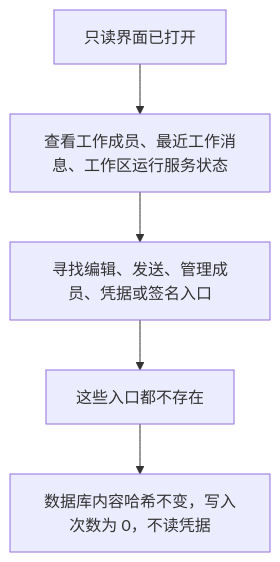
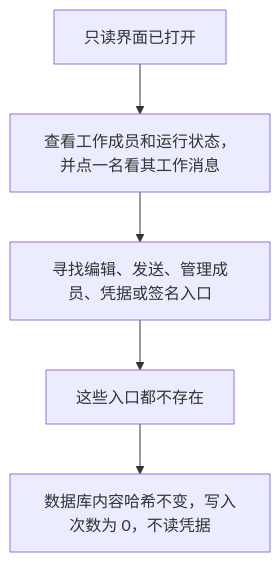
Before and after one commit to xforce-io/atelier: the sixth of 6 diagrams in docs/design/25-readonly-workspace-ui/product.md, drawn with Mermaid. The commit also changed other lines of this file, not shown here.

````diff
--- a/docs/design/25-readonly-workspace-ui/product.md
+++ b/docs/design/25-readonly-workspace-ui/product.md
@@ -212,7 +228,7 @@
 ```mermaid
 flowchart TD
-    A[只读界面已打开] --> B[查看工作成员、最近工作消息、工作区运行服务状态]
+    A[只读界面已打开] --> B[查看工作成员和运行状态，并点一名看其工作消息]
     B --> C[寻找编辑、发送、管理成员、凭据或签名入口]
     C --> D[这些入口都不存在]
     D --> E[数据库内容哈希不变，写入次数为 0，不读凭据]
 ```
````
